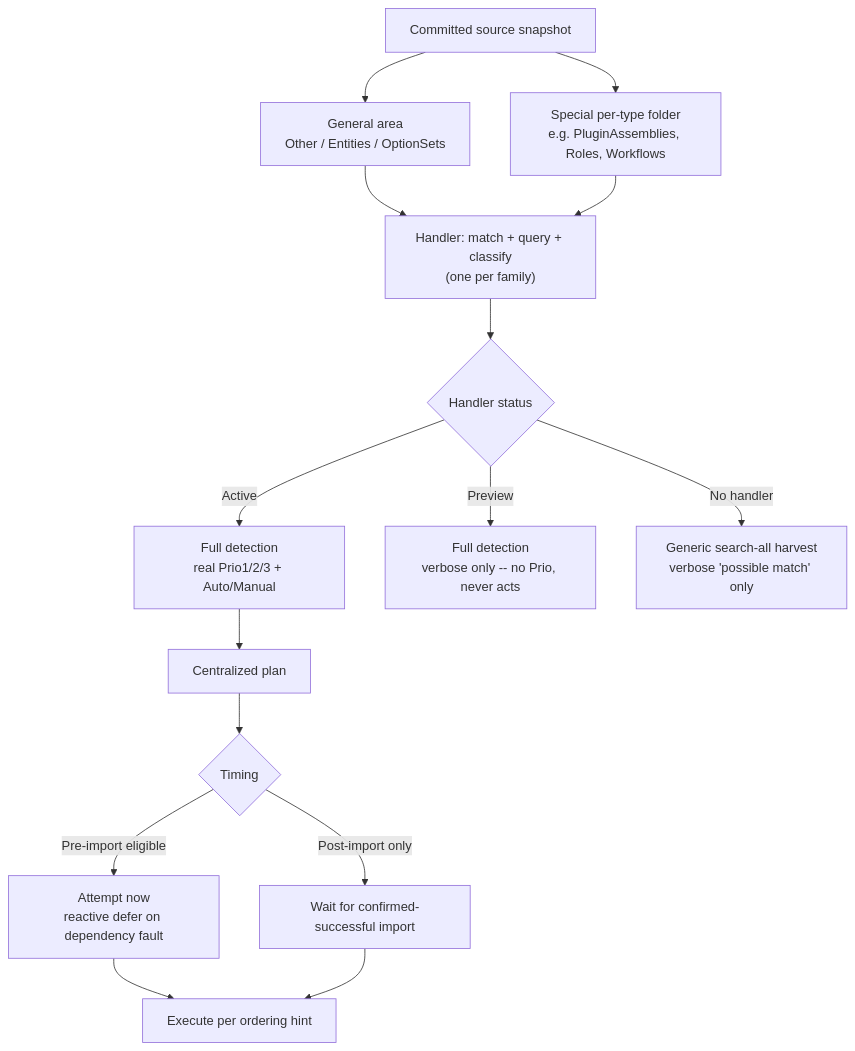
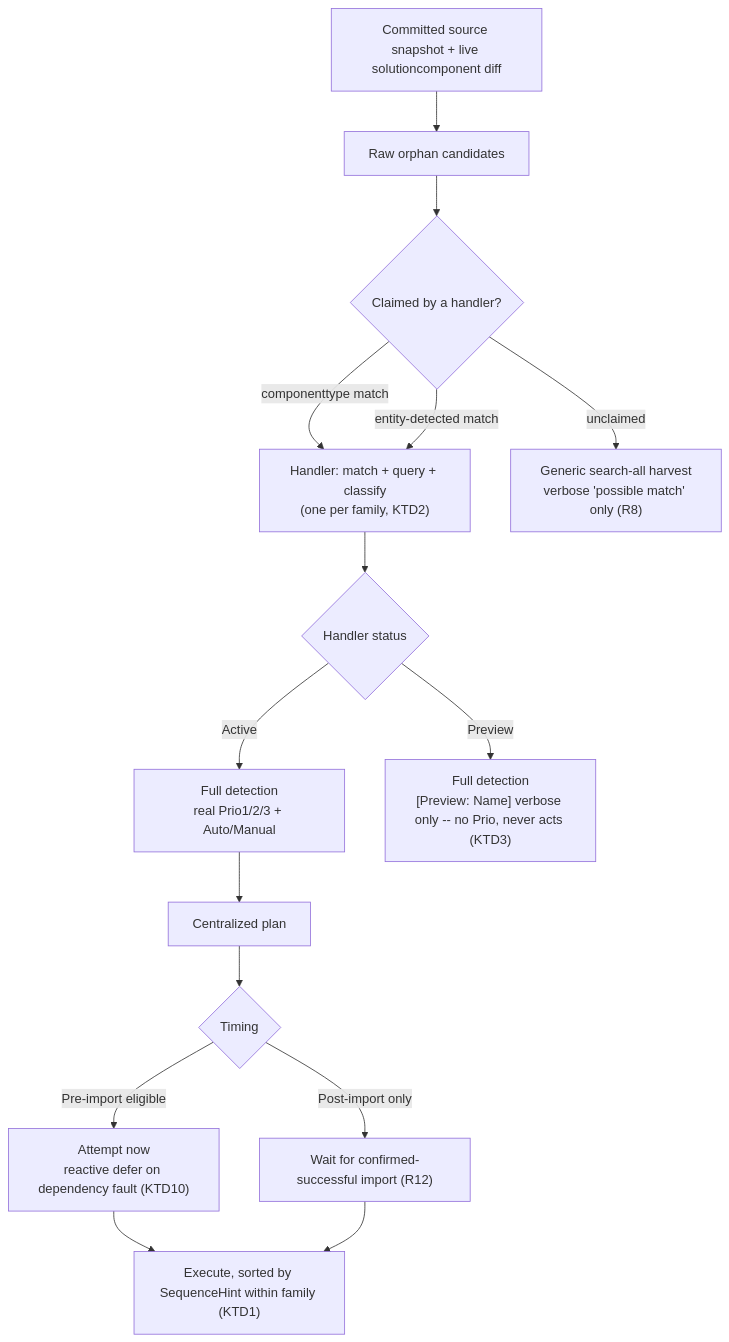
One commit to RemyDuijkeren/Flowline changed the diagram in docs/plans/2026-07-08-001-refactor-orphan-cleanup-handler-architecture-plan.md. Above: the diagram before and after it, drawn with Mermaid. The commit also changed other lines of this file, not shown here.

First line of the commit message:
docs(orphan-cleanup): enrich plan to implementation-ready

````diff
--- a/docs/plans/2026-07-08-001-refactor-orphan-cleanup-handler-architecture-plan.md
+++ b/docs/plans/2026-07-08-001-refactor-orphan-cleanup-handler-architecture-plan.md
@@ -85,17 +165,17 @@
 ```mermaid
 flowchart TB
-    Snap[Committed source snapshot] --> General["General area\nOther / Entities / OptionSets"]
-    Snap --> Special["Special per-type folder\ne.g. PluginAssemblies, Roles, Workflows"]
-    General --> Handler["Handler: match + query + classify\n(one per family)"]
-    Special --> Handler
+    Snap[Committed source snapshot + live solutioncomponent diff] --> Raw[Raw orphan candidates]
+    Raw --> Dispatch{Claimed by a handler?}
+    Dispatch -->|componenttype match| Handler["Handler: match + query + classify\n(one per family, KTD2)"]
+    Dispatch -->|entity-detected match| Handler
+    Dispatch -->|unclaimed| Fallback["Generic search-all harvest\nverbose 'possible match' only (R8)"]
     Handler --> Status{Handler status}
     Status -->|Active| Full["Full detection\nreal Prio1/2/3 + Auto/Manual"]
-    Status -->|Preview| Verbose["Full detection\nverbose only -- no Prio, never acts"]
-    Status -->|No handler| Fallback["Generic search-all harvest\nverbose 'possible match' only"]
+    Status -->|Preview| Verbose["Full detection\n[Preview: Name] verbose only -- no Prio, never acts (KTD3)"]
     Full --> Plan[Centralized plan]
     Plan --> Timing{Timing}
-    Timing -->|Pre-import eligible| PreImport["Attempt now\nreactive defer on dependency fault"]
-    Timing -->|Post-import only| PostImport["Wait for confirmed-successful import"]
-    PreImport --> Execute["Execute per ordering hint"]
+    Timing -->|Pre-import eligible| PreImport["Attempt now\nreactive defer on dependency fault (KTD10)"]
+    Timing -->|Post-import only| PostImport["Wait for confirmed-successful import (R12)"]
+    PreImport --> Execute["Execute, sorted by SequenceHint within family (KTD1)"]
     PostImport --> Execute
 ```
````
